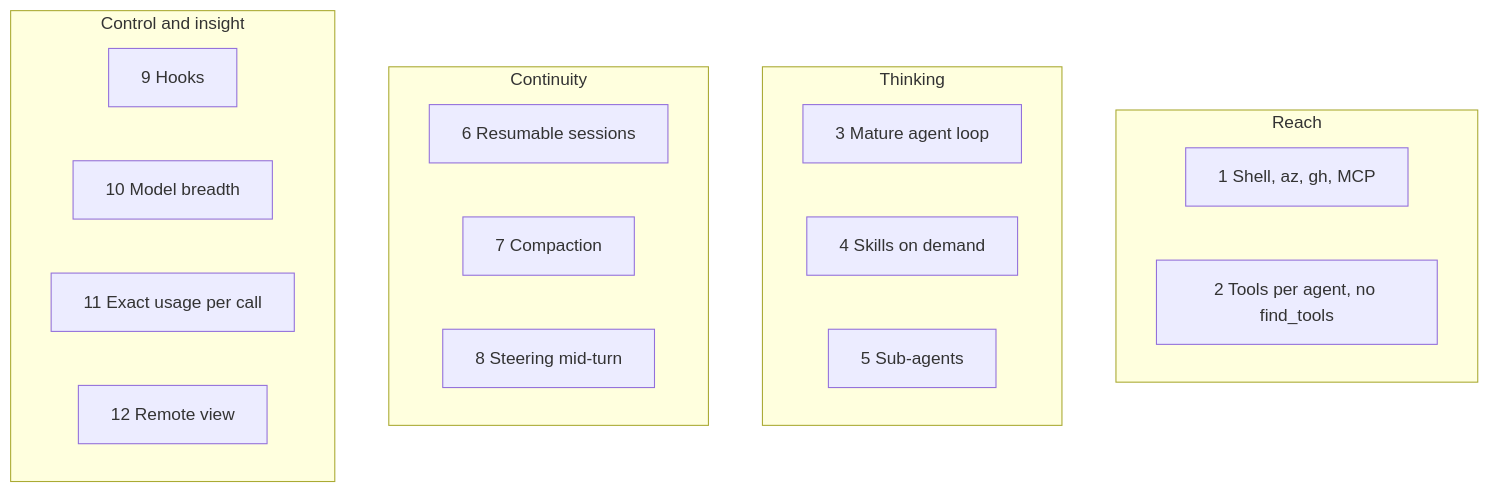
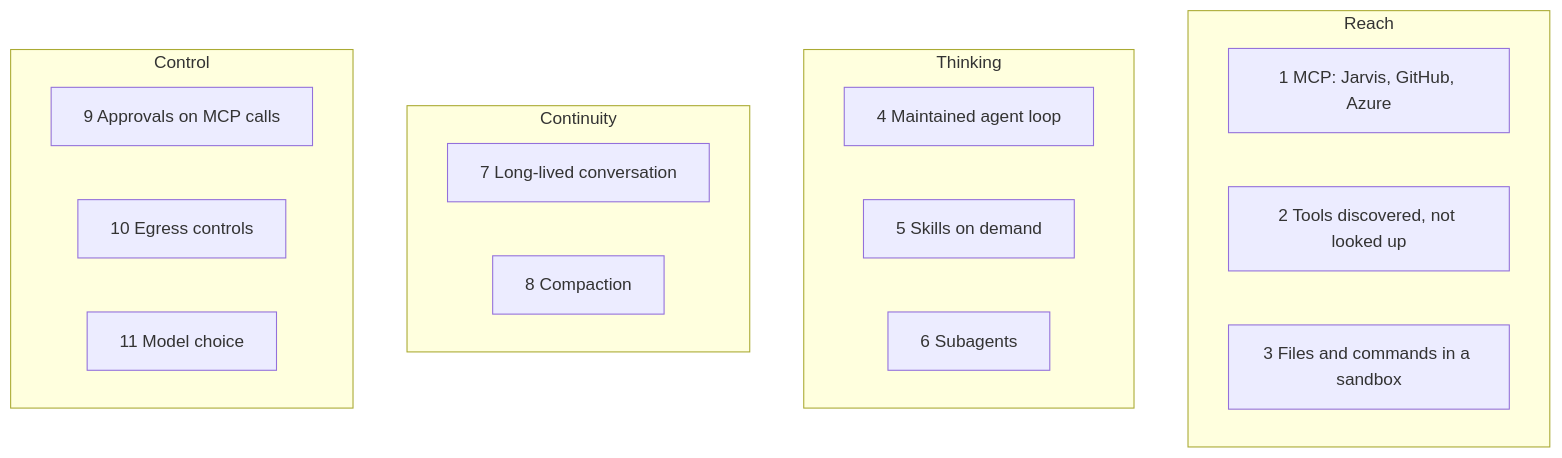
Before and after one commit to DanAakesen/jarvis: the diagram in docs/harness-trial/02-quality-gains.md, drawn with Mermaid. The commit also changed other lines of this file and 6 other files, not shown here.

````diff
--- a/docs/harness-trial/02-quality-gains.md
+++ b/docs/harness-trial/02-quality-gains.md
@@ -19,23 +19,22 @@
 ```mermaid
 flowchart TB
     subgraph Reach["Reach"]
-        G1["1 Shell, az, gh, MCP"]
-        G2["2 Tools per agent, no find_tools"]
+        G1["1 MCP: Jarvis, GitHub, Azure"]
+        G2["2 Tools discovered, not looked up"]
+        G3["3 Files and commands in a sandbox"]
     end
     subgraph Thinking["Thinking"]
-        G3["3 Mature agent loop"]
-        G4["4 Skills on demand"]
-        G5["5 Sub-agents"]
+        G4["4 Maintained agent loop"]
+        G5["5 Skills on demand"]
+        G6["6 Subagents"]
     end
     subgraph Continuity["Continuity"]
-        G6["6 Resumable sessions"]
-        G7["7 Compaction"]
-        G8["8 Steering mid-turn"]
+        G7["7 Long-lived conversation"]
+        G8["8 Compaction"]
     end
-    subgraph Control["Control and insight"]
-        G9["9 Hooks"]
-        G10["10 Model breadth"]
-        G11["11 Exact usage per call"]
-        G12["12 Remote view"]
+    subgraph Control["Control"]
+        G9["9 Approvals on MCP calls"]
+        G10["10 Egress controls"]
+        G11["11 Model choice"]
     end
 ```
````
